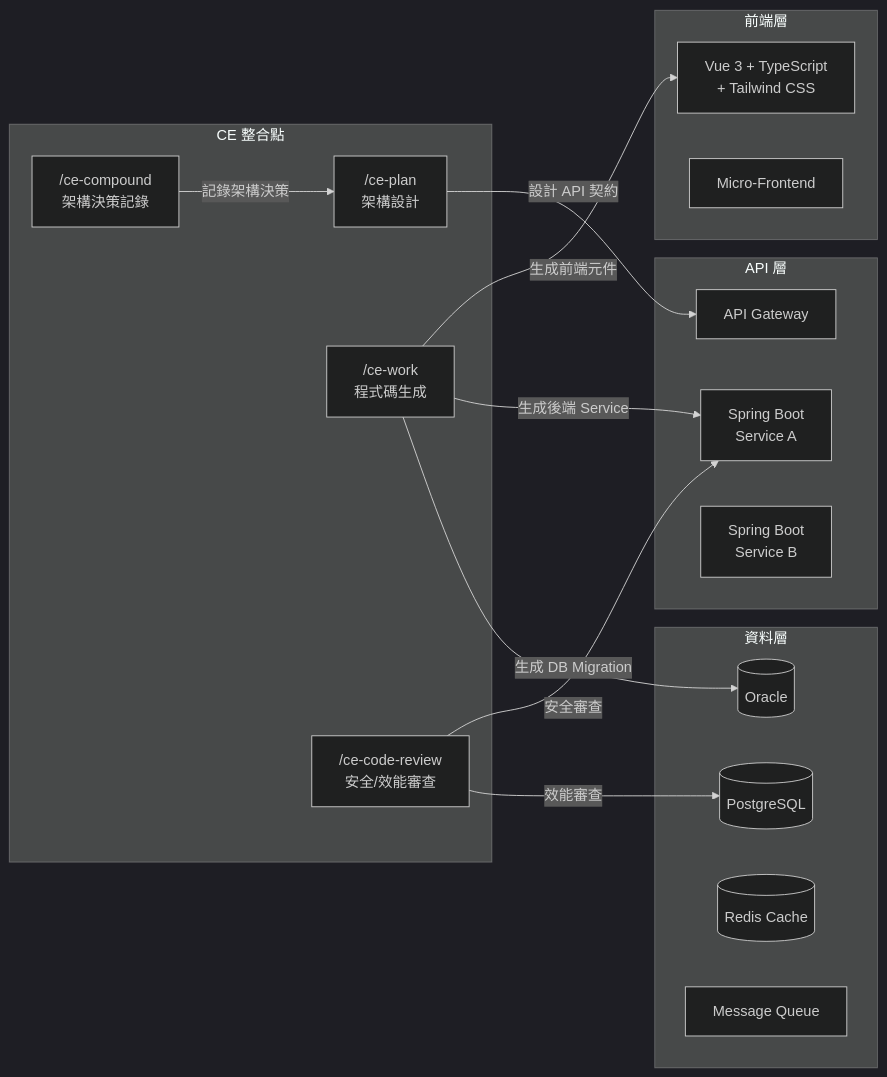
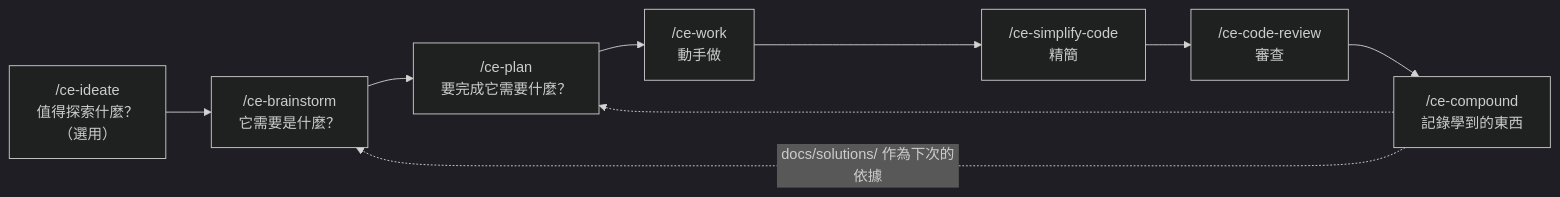
Before and after one commit to chihhung/Blog: the fourth of 10 diagrams in content/posts/教學/AI開發/Compound Engineering 教學手冊.md, drawn with Mermaid (dark theme). The commit also changed other lines of this file and 1 other file, not shown here.

Commit message:
docs: multic and compound engineering content update

````diff
--- a/content/posts/教學/AI開發/Compound Engineering 教學手冊.md
+++ b/content/posts/教學/AI開發/Compound Engineering 教學手冊.md
@@ -316,35 +1102,11 @@
 ```mermaid
-graph LR
-    subgraph "前端層"
-        VUE[Vue 3 + TypeScript<br/>+ Tailwind CSS]
-        MFE[Micro-Frontend]
-    end
-
-    subgraph "API 層"
-        GW[API Gateway]
-        SB1[Spring Boot<br/>Service A]
-        SB2[Spring Boot<br/>Service B]
-    end
-
-    subgraph "資料層"
-        ORA[(Oracle)]
-        PG[(PostgreSQL)]
-        REDIS[(Redis Cache)]
-        MQ[Message Queue]
-    end
-
-    subgraph "CE 整合點"
-        CE_PLAN["/ce-plan<br/>架構設計"]
-        CE_WORK["/ce-work<br/>程式碼生成"]
-        CE_REVIEW["/ce-code-review<br/>安全/效能審查"]
-        CE_COMPOUND["/ce-compound<br/>架構決策記錄"]
-    end
-
-    CE_PLAN -->|設計 API 契約| GW
-    CE_WORK -->|生成前端元件| VUE
-    CE_WORK -->|生成後端 Service| SB1
-    CE_WORK -->|生成 DB Migration| ORA
-    CE_REVIEW -->|安全審查| SB1
-    CE_REVIEW -->|效能審查| PG
-    CE_COMPOUND -->|記錄架構決策| CE_PLAN
+flowchart LR
+    I["/ce-ideate<br/>值得探索什麼？<br/>（選用）"] --> B["/ce-brainstorm<br/>它需要是什麼？"]
+    B --> P["/ce-plan<br/>要完成它需要什麼？"]
+    P --> W["/ce-work<br/>動手做"]
+    W --> S["/ce-simplify-code<br/>精簡"]
+    S --> R["/ce-code-review<br/>審查"]
+    R --> C["/ce-compound<br/>記錄學到的東西"]
+    C -.docs/solutions/ 作為下次的依據.-> B
+    C -.-> P
 ```
````
